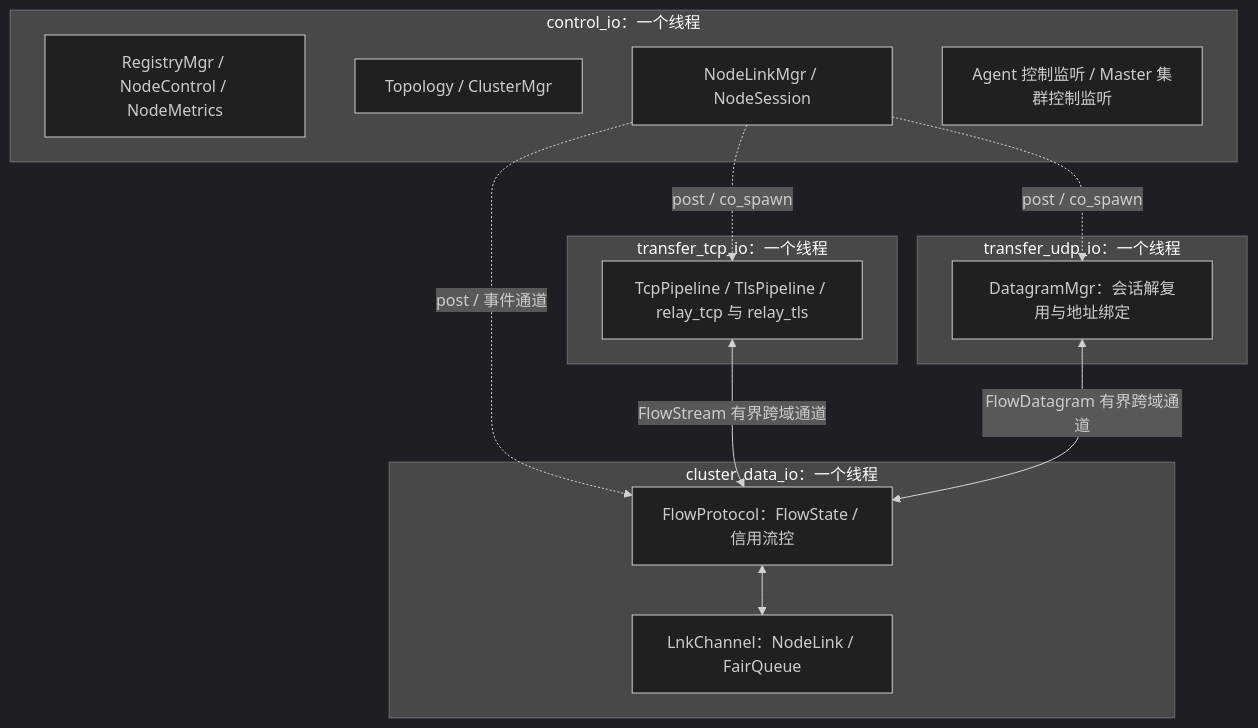
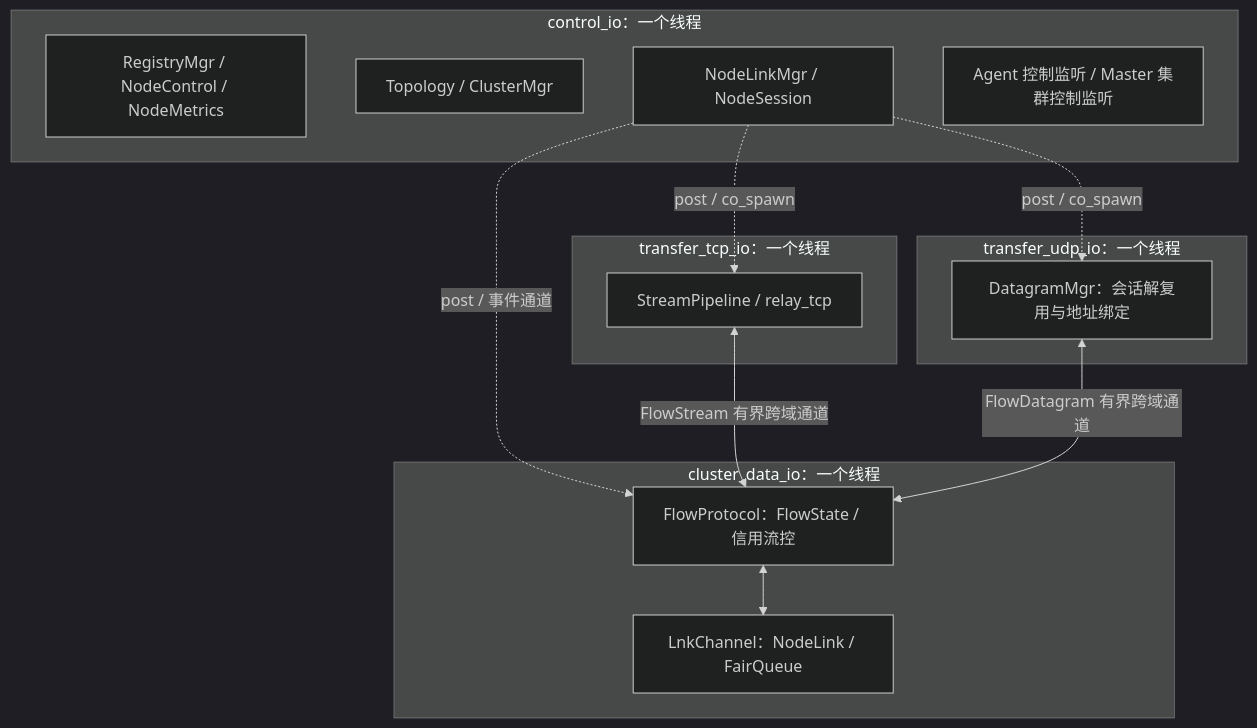
The second of 20 diagrams in docs/RelayWeave设计.md (Xtinc/relayweave), drawn with Mermaid (dark theme) before and after one commit. The commit also changed other lines of this file and 62 other files, not shown here.

````diff
--- a/docs/RelayWeave设计.md
+++ b/docs/RelayWeave设计.md
@@ -133,25 +132,25 @@
 ```mermaid
 flowchart TB
     subgraph ctl["control_io：一个线程"]
         Registry["RegistryMgr / NodeControl / NodeMetrics"]
         Topology["Topology / ClusterMgr"]
         Manager["NodeLinkMgr / NodeSession"]
         Listeners["Agent 控制监听 / Master 集群控制监听"]
     end
     subgraph tcp["transfer_tcp_io：一个线程"]
-        Pipeline["TcpPipeline / TlsPipeline / relay_tcp 与 relay_tls"]
+        Pipeline["StreamPipeline / relay_tcp"]
     end
     subgraph udp["transfer_udp_io：一个线程"]
         Datagram["DatagramMgr：会话解复用与地址绑定"]
     end
     subgraph data["cluster_data_io：一个线程"]
         Flow["FlowProtocol：FlowState / 信用流控"]
         Link["LnkChannel：NodeLink / FairQueue"]
         Flow <--> Link
     end
     Manager -.->|"post / co_spawn"| Pipeline
     Manager -.->|"post / co_spawn"| Datagram
     Manager -.->|"post / 事件通道"| Flow
     Pipeline <-->|"FlowStream 有界跨域通道"| Flow
     Datagram <-->|"FlowDatagram 有界跨域通道"| Flow
 ```
````
